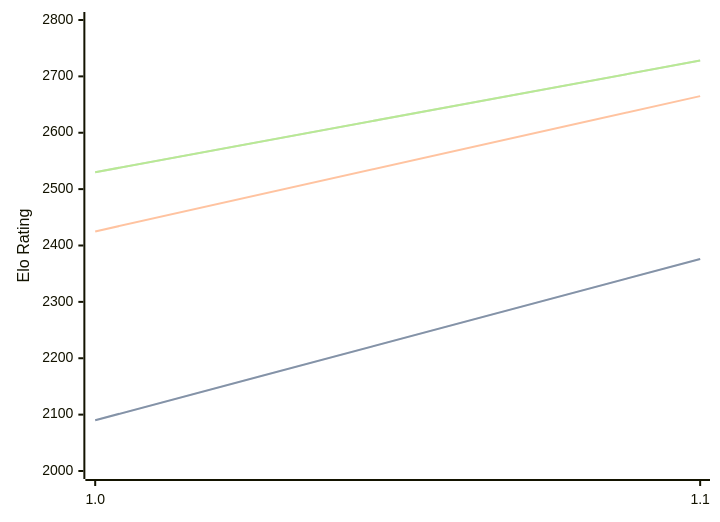
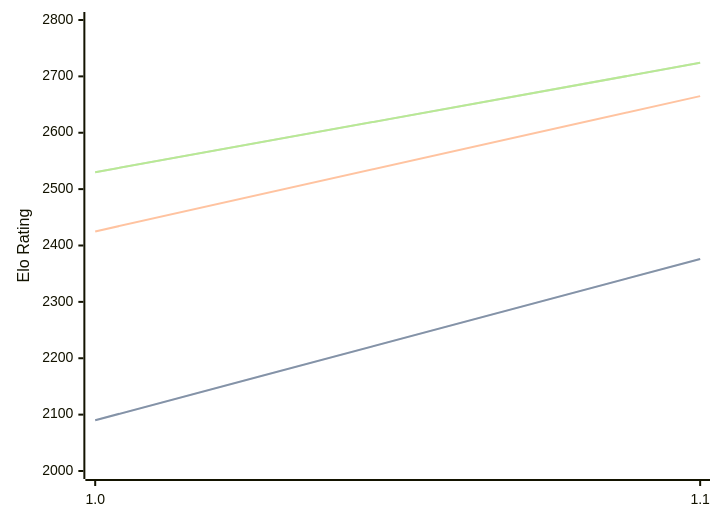
Before and after one commit to computer-chess-index/cci: the diagram in engines/Erinn.md, drawn with Mermaid. The commit also changed other lines of this file, not shown here.

Commit message:
Update CCI Ratings (ELO VLTC) - 2026-08-27

````diff
--- a/engines/Erinn.md
+++ b/engines/Erinn.md
@@ -32,11 +32,11 @@
 ```mermaid
 %%{init: {"theme":"base","themeVariables":{"seriesColors:['#a3a3a3','#222221','#faa371']}}}%%
 xychart-beta
   x-axis ["1.0", "1.1"]
   y-axis "Elo Rating" 2000 --> 2800
   line "STC (8.0+0.08s)" [2090, 2376]
   line "STC (8.0+0.08s)" [2090, 2376]
   line "LTC (60.0+0.60s)" [2425, 2665]
-  line "VLTC (2m24s+1.12s)" [2530, 2728]
-  line "VLTC (2m24s+1.12s)" [2530, 2728]
+  line "VLTC (2m24s+1.12s)" [2530, 2724]
+  line "VLTC (2m24s+1.12s)" [2530, 2724]
 ```
````
